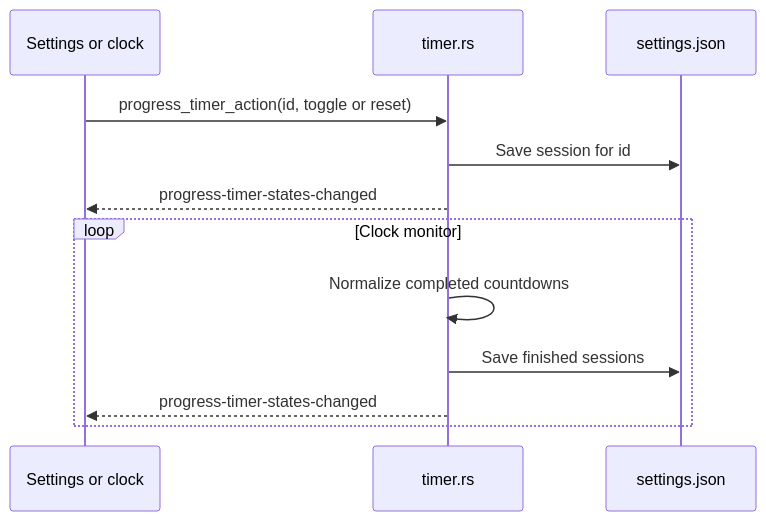
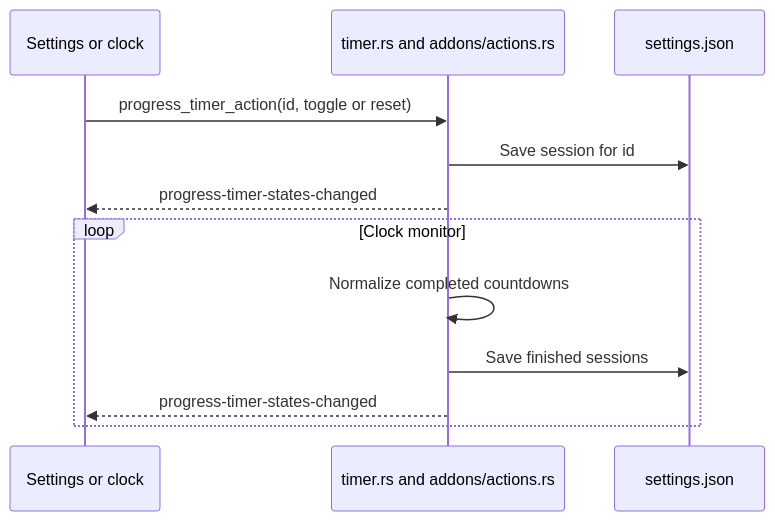
Before and after one commit to tbkmax/TopClock: the fifth of 12 diagrams in src-tauri/src/doc/workflow_diagram.md, drawn with Mermaid. The commit also changed other lines of this file and 69 other files, not shown here.

````diff
--- a/src-tauri/src/doc/workflow_diagram.md
+++ b/src-tauri/src/doc/workflow_diagram.md
@@ -88,14 +88,14 @@
 ```mermaid
 sequenceDiagram
     participant UI as Settings or clock
-    participant Rust as timer.rs
+    participant Rust as timer.rs and addons/actions.rs
     participant File as settings.json
     UI->>Rust: progress_timer_action(id, toggle or reset)
     Rust->>File: Save session for id
     Rust-->>UI: progress-timer-states-changed
     loop Clock monitor
         Rust->>Rust: Normalize completed countdowns
         Rust->>File: Save finished sessions
         Rust-->>UI: progress-timer-states-changed
     end
 ```
````
